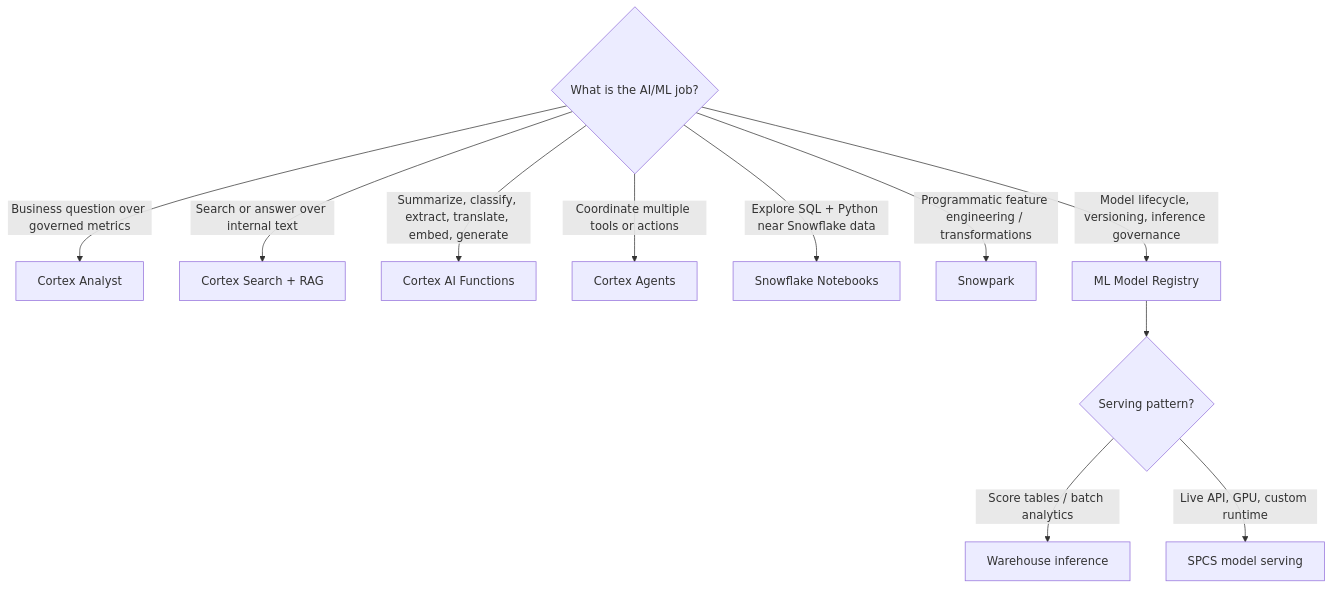
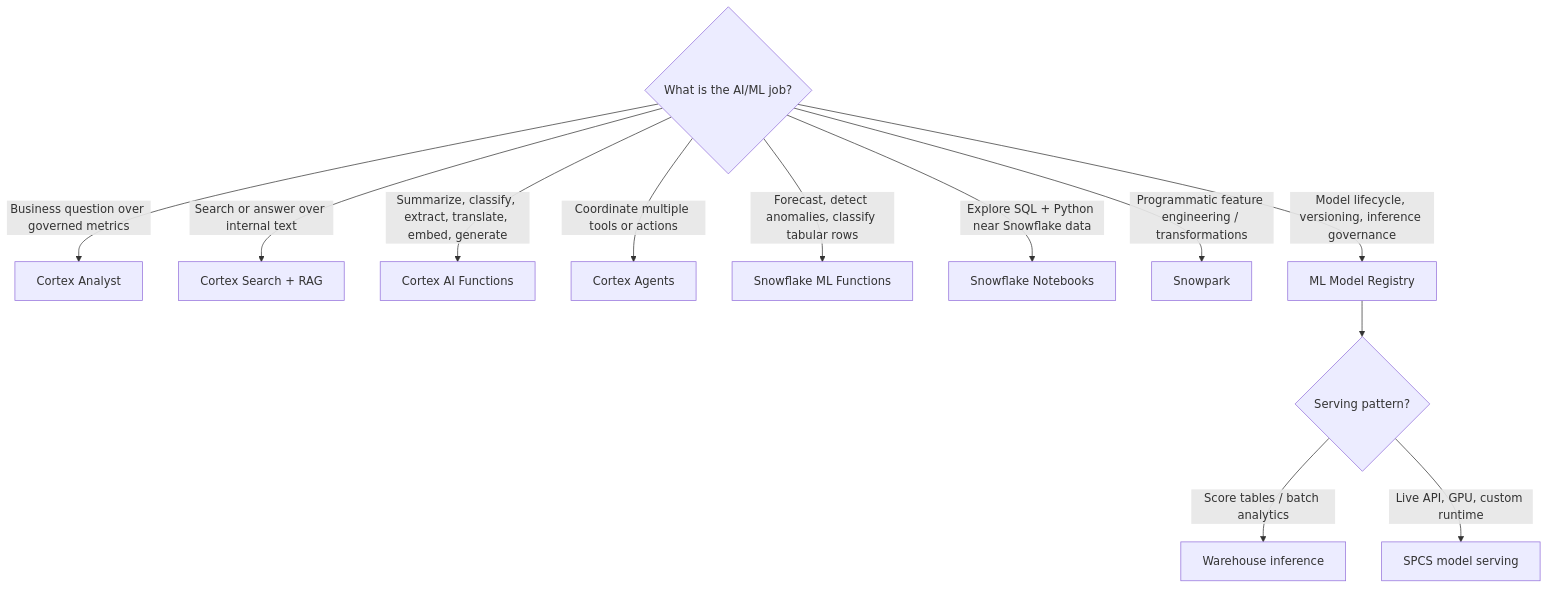
Before and after one commit to shonningsoy/Upskill: the diagram in 80 Comparisons and Decision Notes/Decision Notes/Decisions - Choosing a Snowflake AI and ML Pattern.md, drawn with Mermaid. The commit also changed other lines of this file and 1 other file, not shown here.

Commit message:
Expand Snowflake ML Functions note

````diff
--- a/80 Comparisons and Decision Notes/Decision Notes/Decisions - Choosing a Snowflake AI and ML Pattern.md
+++ b/80 Comparisons and Decision Notes/Decision Notes/Decisions - Choosing a Snowflake AI and ML Pattern.md
@@ -35,13 +36,14 @@
 ```mermaid
 flowchart TD
     A{What is the AI/ML job?} -->|Business question over governed metrics| B[Cortex Analyst]
     A -->|Search or answer over internal text| S[Cortex Search + RAG]
     A -->|Summarize, classify, extract, translate, embed, generate| C[Cortex AI Functions]
     A -->|Coordinate multiple tools or actions| J[Cortex Agents]
+    A -->|Forecast, detect anomalies, classify tabular rows| M[Snowflake ML Functions]
     A -->|Explore SQL + Python near Snowflake data| D[Snowflake Notebooks]
     A -->|Programmatic feature engineering / transformations| E[Snowpark]
     A -->|Model lifecycle, versioning, inference governance| F[ML Model Registry]
     F --> G{Serving pattern?}
     G -->|Score tables / batch analytics| H[Warehouse inference]
     G -->|Live API, GPU, custom runtime| I[SPCS model serving]
 ```
````
